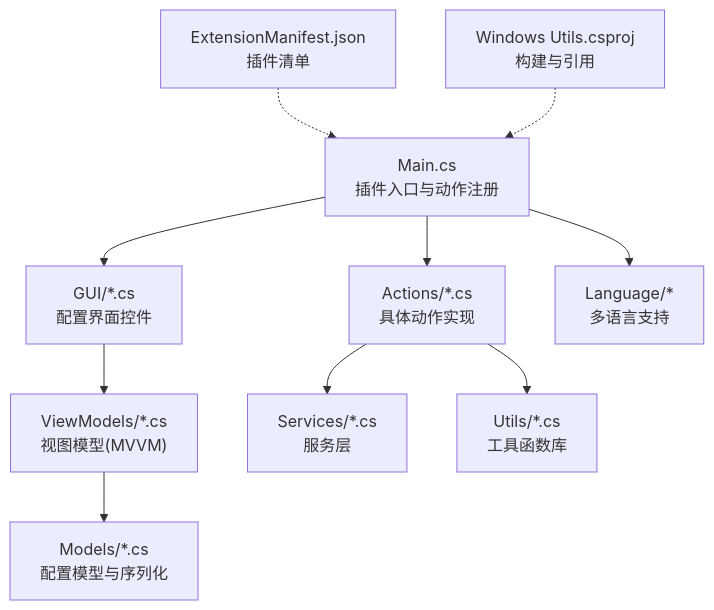
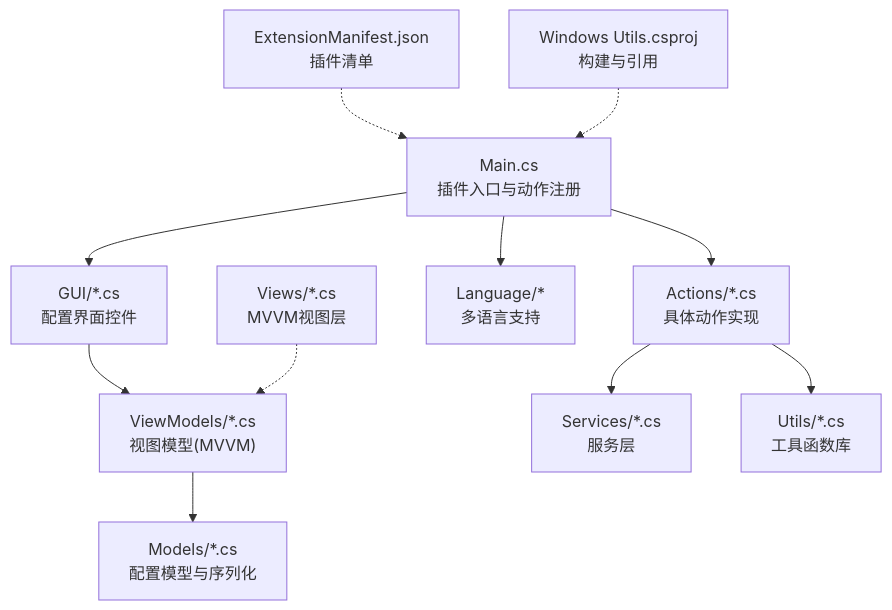
One commit to tea4go/Macro-Deck-Windows-Utils-Plugin changed the first of 5 diagrams in .qoder/repowiki/zh/content/开发者指南/开发者指南.md. Above: the diagram before and after it, drawn with Mermaid. The commit also changed other lines of this file and 30 other files, not shown here.

````diff
--- a/.qoder/repowiki/zh/content/开发者指南/开发者指南.md
+++ b/.qoder/repowiki/zh/content/开发者指南/开发者指南.md
@@ -48,12 +63,13 @@
 ```mermaid
 graph TB
 A["Main.cs<br/>插件入口与动作注册"] --> B["Actions/*.cs<br/>具体动作实现"]
 A --> C["GUI/*.cs<br/>配置界面控件"]
 C --> D["ViewModels/*.cs<br/>视图模型(MVVM)"]
 D --> E["Models/*.cs<br/>配置模型与序列化"]
 B --> F["Services/*.cs<br/>服务层"]
 B --> G["Utils/*.cs<br/>工具函数库"]
 A --> H["Language/*<br/>多语言支持"]
 I["ExtensionManifest.json<br/>插件清单"] -.-> A
 J["Windows Utils.csproj<br/>构建与引用"] -.-> A
+K["Views/*.cs<br/>MVVM视图层"] -.-> D
 ```
````
